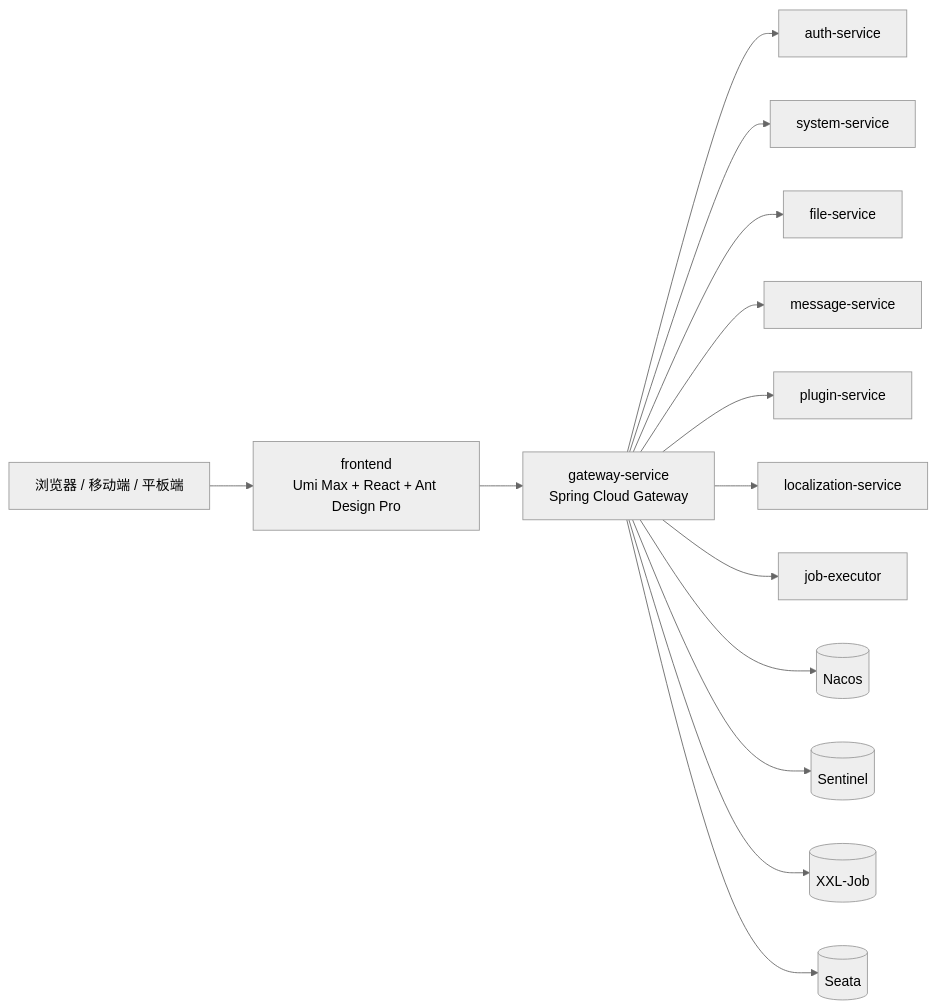
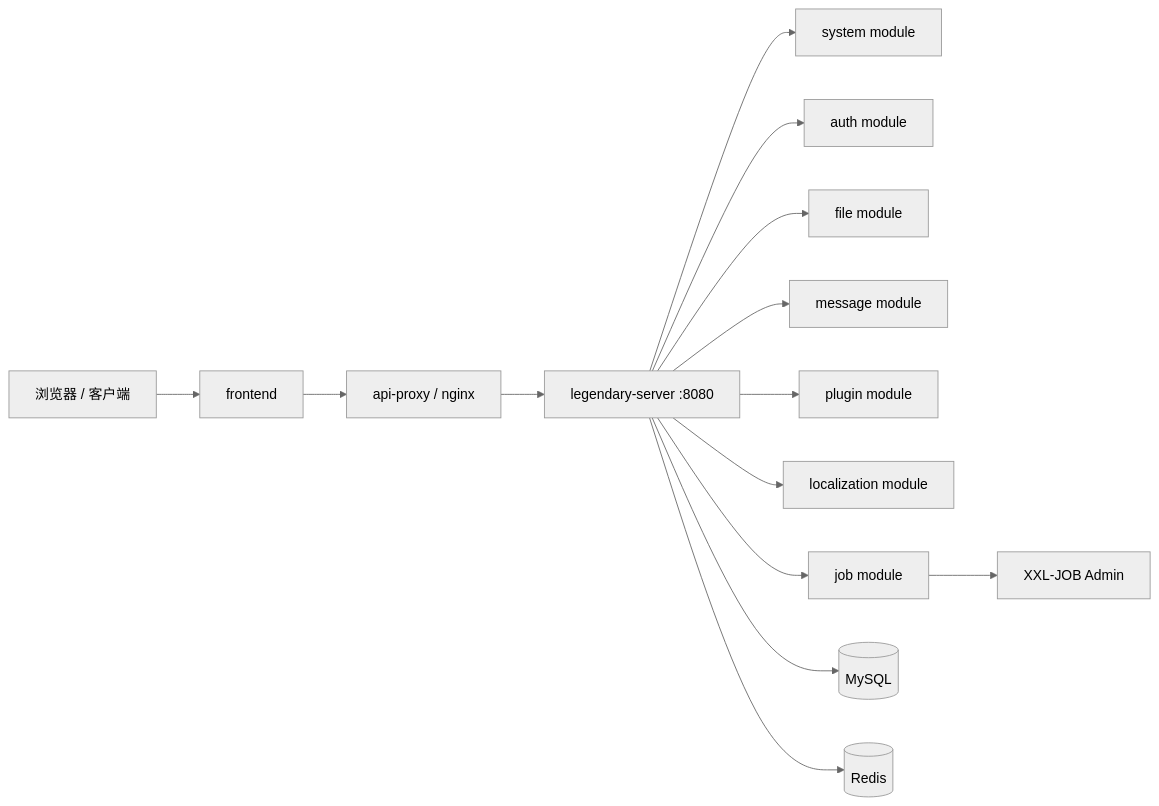
Before and after one commit to Elexvx/Lumira: the diagram in README.md, drawn with Mermaid (neutral theme). The commit also changed other lines of this file and 41 other files, not shown here.

Commit message:
fix: reset baseline sql and initial password flow

````diff
--- a/README.md
+++ b/README.md
@@ -68,16 +32,16 @@
 ```mermaid
 flowchart LR
-  U[浏览器 / 移动端 / 平板端] --> F[frontend<br/>Umi Max + React + Ant Design Pro]
-  F --> G[gateway-service<br/>Spring Cloud Gateway]
-  G --> A[auth-service]
-  G --> S[system-service]
-  G --> Fi[file-service]
-  G --> M[message-service]
-  G --> P[plugin-service]
-  G --> L[localization-service]
-  G --> J[job-executor]
-  G --> N[(Nacos)]
-  G --> Se[(Sentinel)]
-  G --> X[(XXL-Job)]
-  G --> Sa[(Seata)]
+  U["浏览器 / 客户端"] --> F["frontend"]
+  F --> P["api-proxy / nginx"]
+  P --> L["legendary-server :8080"]
+  L --> S["system module"]
+  L --> A["auth module"]
+  L --> Fi["file module"]
+  L --> M["message module"]
+  L --> Pl["plugin module"]
+  L --> I18n["localization module"]
+  L --> J["job module"]
+  L --> DB[("MySQL")]
+  L --> R[("Redis")]
+  J --> X["XXL-JOB Admin"]
 ```
````
